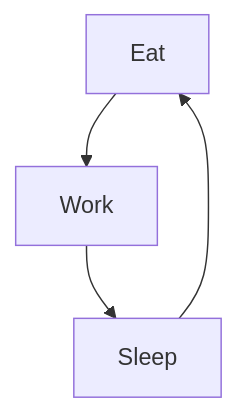
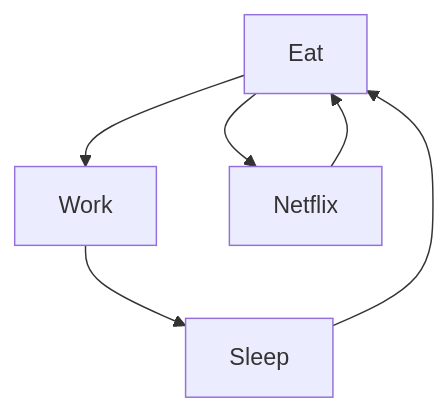
One commit to NyckosLeduc/NyckosLeduc changed the diagram in README.md. Above: the diagram before and after it, drawn with Mermaid.

````diff
--- a/README.md
+++ b/README.md
@@ -13,6 +13,8 @@
 ```mermaid
   graph TD;
     Eat-->Work;
     Work-->Sleep;
     Sleep-->Eat;
+    Eat-->Netflix;
+    Netflix-->Eat;
 ```
````
